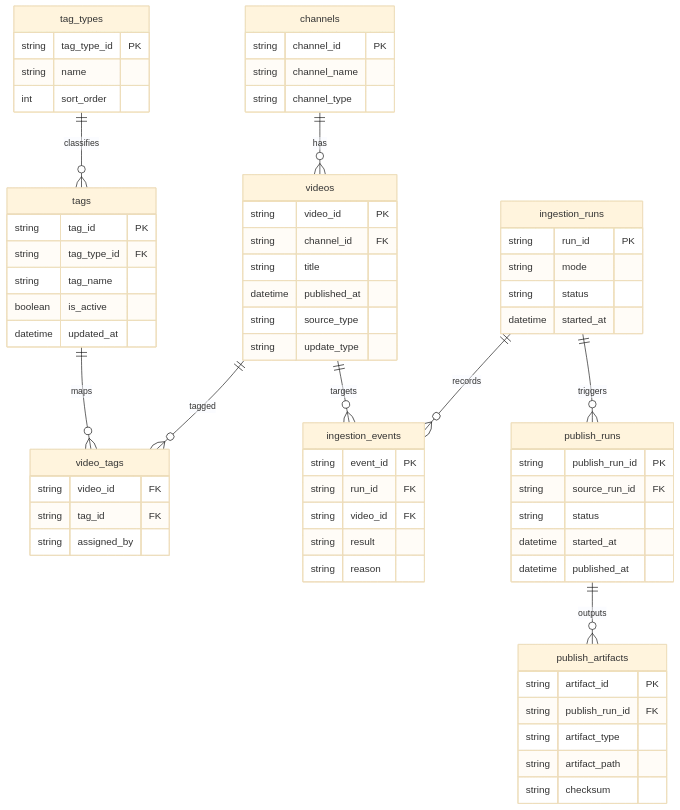
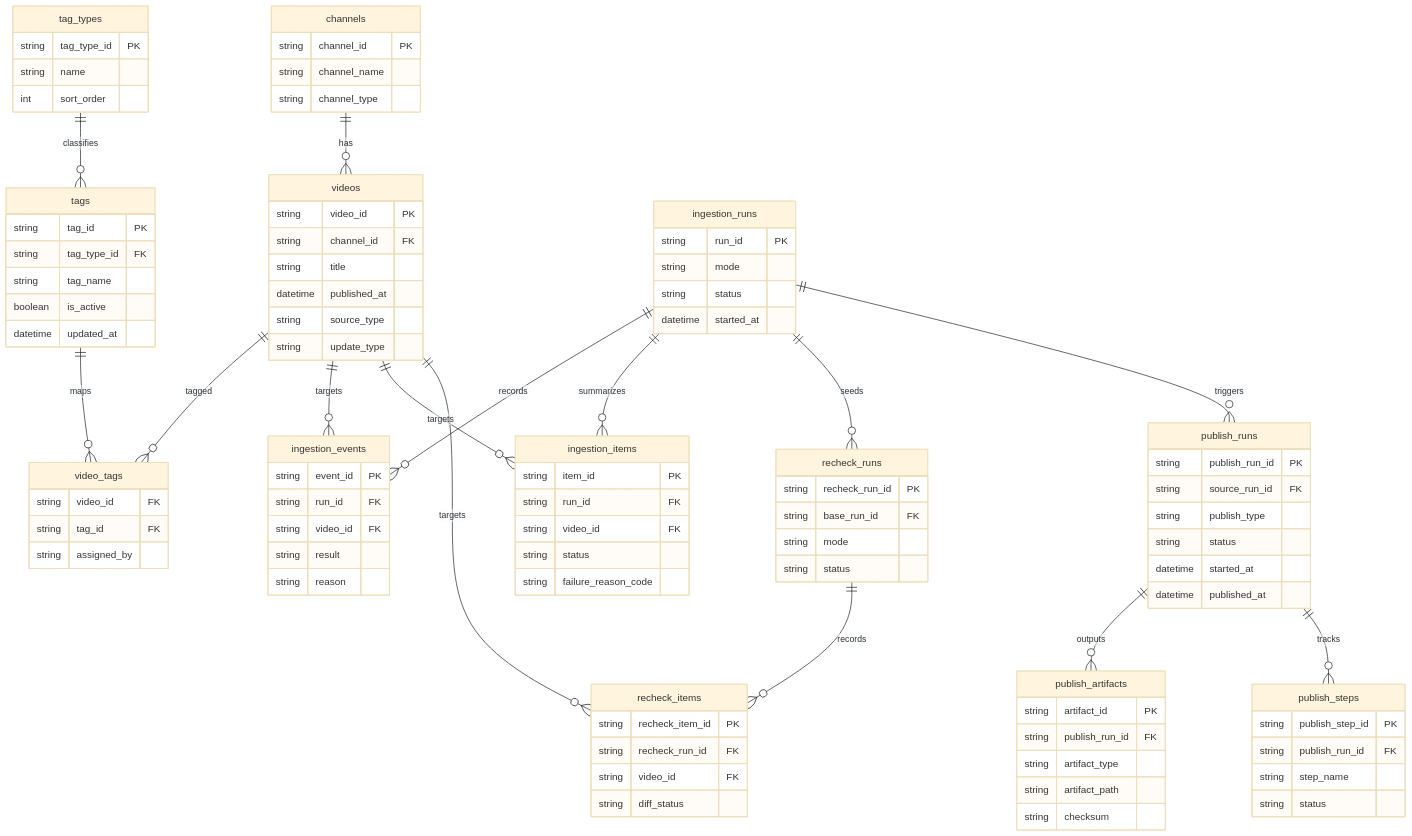
One commit to tsuji-tomonori/diopside-v3 changed the diagram in docs/2.基本設計(BD)/31.データアーキテクチャ/BD-ERD-001.md. Above: the diagram before and after it, drawn with Mermaid (base theme). The commit also changed other lines of this file and 16 other files, not shown here.

```diff
--- a/docs/2.基本設計(BD)/31.データアーキテクチャ/BD-ERD-001.md
+++ b/docs/2.基本設計(BD)/31.データアーキテクチャ/BD-ERD-001.md
@@ -41,9 +43,16 @@
   tag_types ||--o{ tags : classifies
 
   ingestion_runs ||--o{ ingestion_events : records
+  ingestion_runs ||--o{ ingestion_items : summarizes
   videos ||--o{ ingestion_events : targets
+  videos ||--o{ ingestion_items : targets
+
+  ingestion_runs ||--o{ recheck_runs : seeds
+  recheck_runs ||--o{ recheck_items : records
+  videos ||--o{ recheck_items : targets
 
   publish_runs ||--o{ publish_artifacts : outputs
+  publish_runs ||--o{ publish_steps : tracks
   ingestion_runs ||--o{ publish_runs : triggers
 
   channels {
@@ -96,12 +105,42 @@
     string reason
   }
 
+  ingestion_items {
+    string item_id PK
+    string run_id FK
+    string video_id FK
+    string status
+    string failure_reason_code
+  }
+
+  recheck_runs {
+    string recheck_run_id PK
+    string base_run_id FK
+    string mode
+    string status
+  }
+
+  recheck_items {
+    string recheck_item_id PK
+    string recheck_run_id FK
+    string video_id FK
+    string diff_status
+  }
+
   publish_runs {
     string publish_run_id PK
     string source_run_id FK
+    string publish_type
     string status
     datetime started_at
     datetime published_at
+  }
+
+  publish_steps {
+    string publish_step_id PK
+    string publish_run_id FK
+    string step_name
+    string status
   }
 
   publish_artifacts {
```
